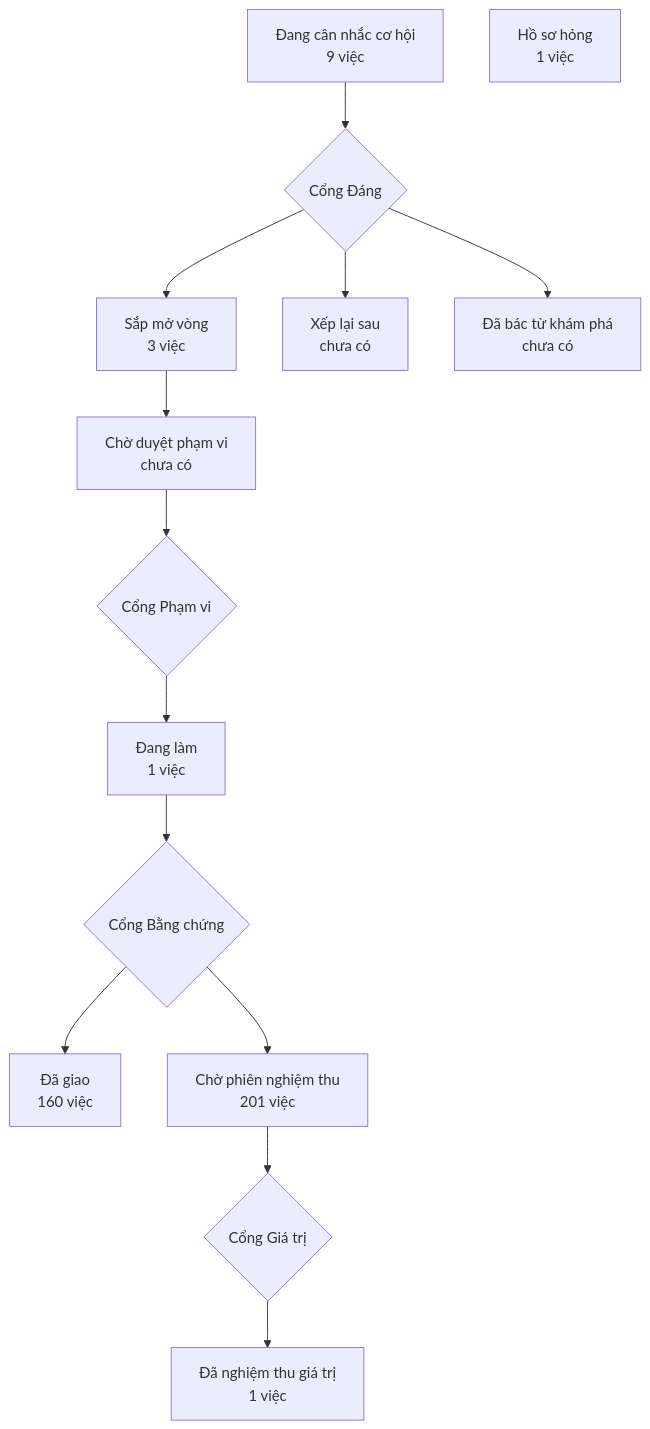
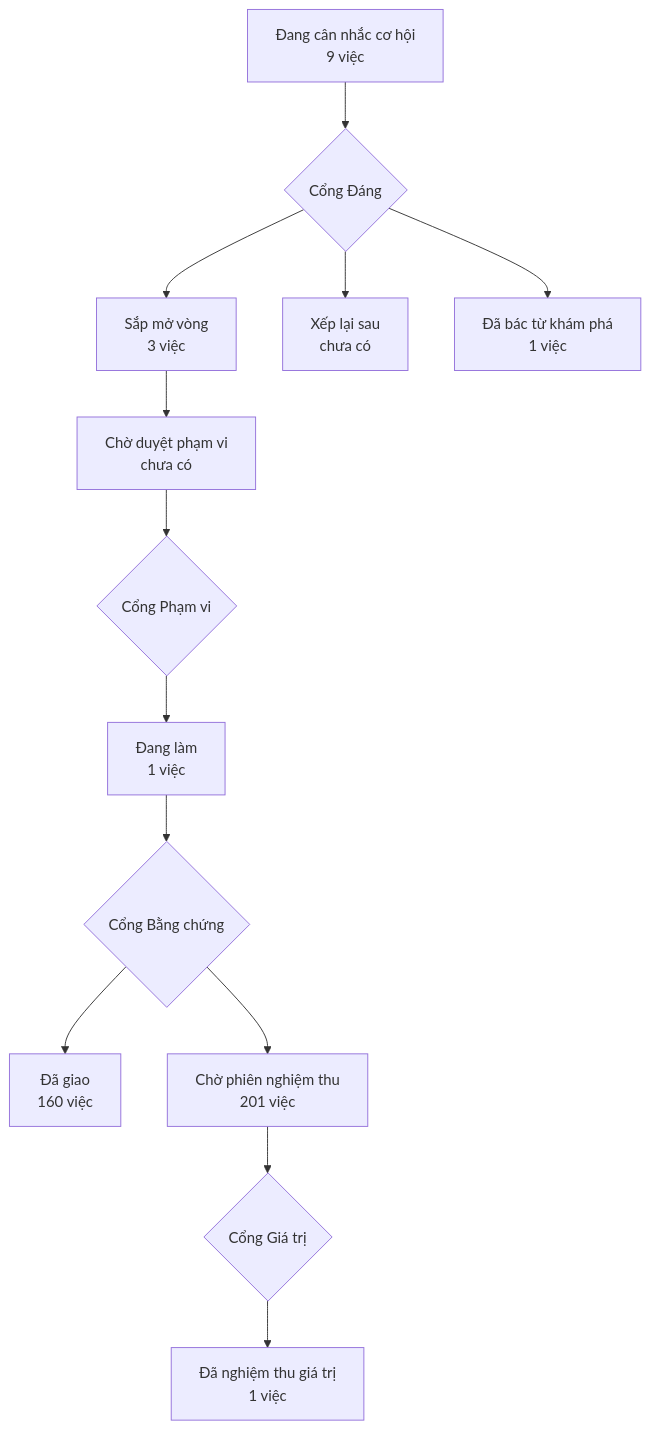
Before and after one commit to phanlemanh/crm-onehub: the diagram in PRODUCT-MAP.md, drawn with Mermaid. The commit also changed other lines of this file, not shown here.

````diff
--- a/PRODUCT-MAP.md
+++ b/PRODUCT-MAP.md
@@ -7,13 +7,12 @@
 ```mermaid
 flowchart TD
   A["Đang cân nhắc cơ hội<br/>9 việc"] --> GD{"Cổng Đáng"}
   GD --> B["Sắp mở vòng<br/>3 việc"]
   GD --> XL["Xếp lại sau<br/>chưa có"]
-  GD --> DB["Đã bác từ khám phá<br/>chưa có"]
+  GD --> DB["Đã bác từ khám phá<br/>1 việc"]
   B --> CD["Chờ duyệt phạm vi<br/>chưa có"] --> GP{"Cổng Phạm vi"}
   GP --> DL["Đang làm<br/>1 việc"] --> GB{"Cổng Bằng chứng"}
   GB --> DG["Đã giao<br/>160 việc"]
   GB --> CN["Chờ phiên nghiệm thu<br/>201 việc"] --> GG{"Cổng Giá trị"}
   GG --> NT["Đã nghiệm thu giá trị<br/>1 việc"]
-  HS["Hồ sơ hỏng<br/>1 việc"]
 ```
````
